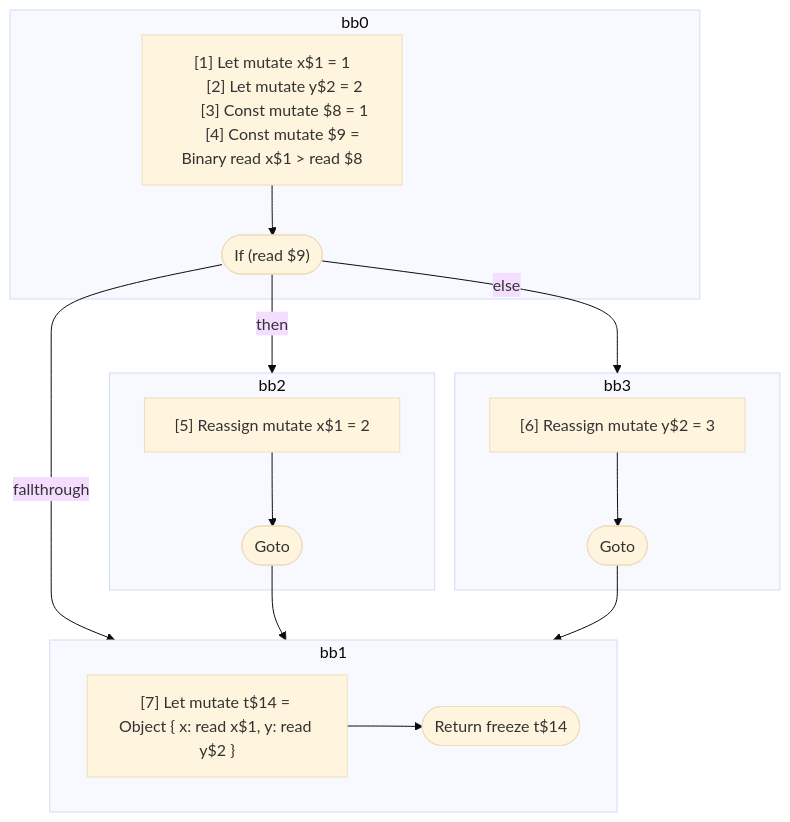
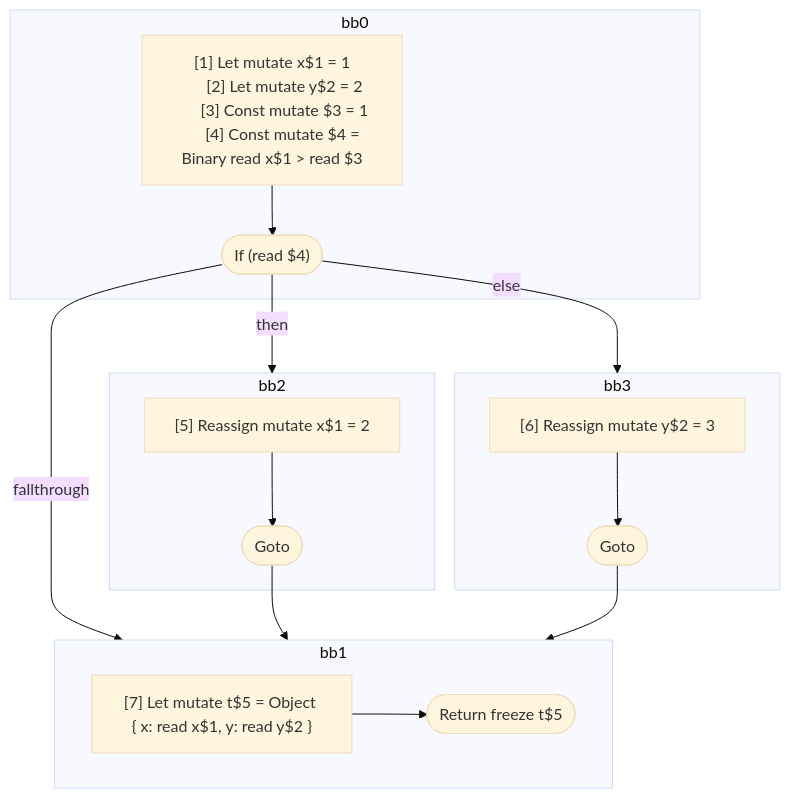
Before and after one commit to wutsmog/private: the diagram in compiler/forget/src/__tests__/fixtures/hir/ssa-objectexpression-phi.expect.md, drawn with Mermaid (base theme). The commit also changed other lines of this file and 57 other files, not shown here.

````diff
--- a/compiler/forget/src/__tests__/fixtures/hir/ssa-objectexpression-phi.expect.md
+++ b/compiler/forget/src/__tests__/fixtures/hir/ssa-objectexpression-phi.expect.md
@@ -46,39 +46,39 @@
 ```mermaid
 flowchart TB
   %% Basic Blocks
   subgraph bb0
     bb0_instrs["
       [1] Let mutate x$1 = 1
       [2] Let mutate y$2 = 2
-      [3] Const mutate $8 = 1
-      [4] Const mutate $9 = Binary read x$1 > read $8
+      [3] Const mutate $3 = 1
+      [4] Const mutate $4 = Binary read x$1 > read $3
     "]
-    bb0_instrs --> bb0_terminal(["If (read $9)"])
+    bb0_instrs --> bb0_terminal(["If (read $4)"])
   end
   subgraph bb2
     bb2_instrs["
       [5] Reassign mutate x$1 = 2
     "]
     bb2_instrs --> bb2_terminal(["Goto"])
   end
   subgraph bb3
     bb3_instrs["
       [6] Reassign mutate y$2 = 3
     "]
     bb3_instrs --> bb3_terminal(["Goto"])
   end
   subgraph bb1
     bb1_instrs["
-      [7] Let mutate t$14 = Object { x: read x$1, y: read y$2 }
+      [7] Let mutate t$5 = Object { x: read x$1, y: read y$2 }
     "]
-    bb1_instrs --> bb1_terminal(["Return freeze t$14"])
+    bb1_instrs --> bb1_terminal(["Return freeze t$5"])
   end
 
   %% Jumps
   bb0_terminal -- then --> bb2
   bb0_terminal -- else --> bb3
   bb0_terminal -- fallthrough --> bb1
   bb2_terminal --> bb1
   bb3_terminal --> bb1
 
 ```
````
